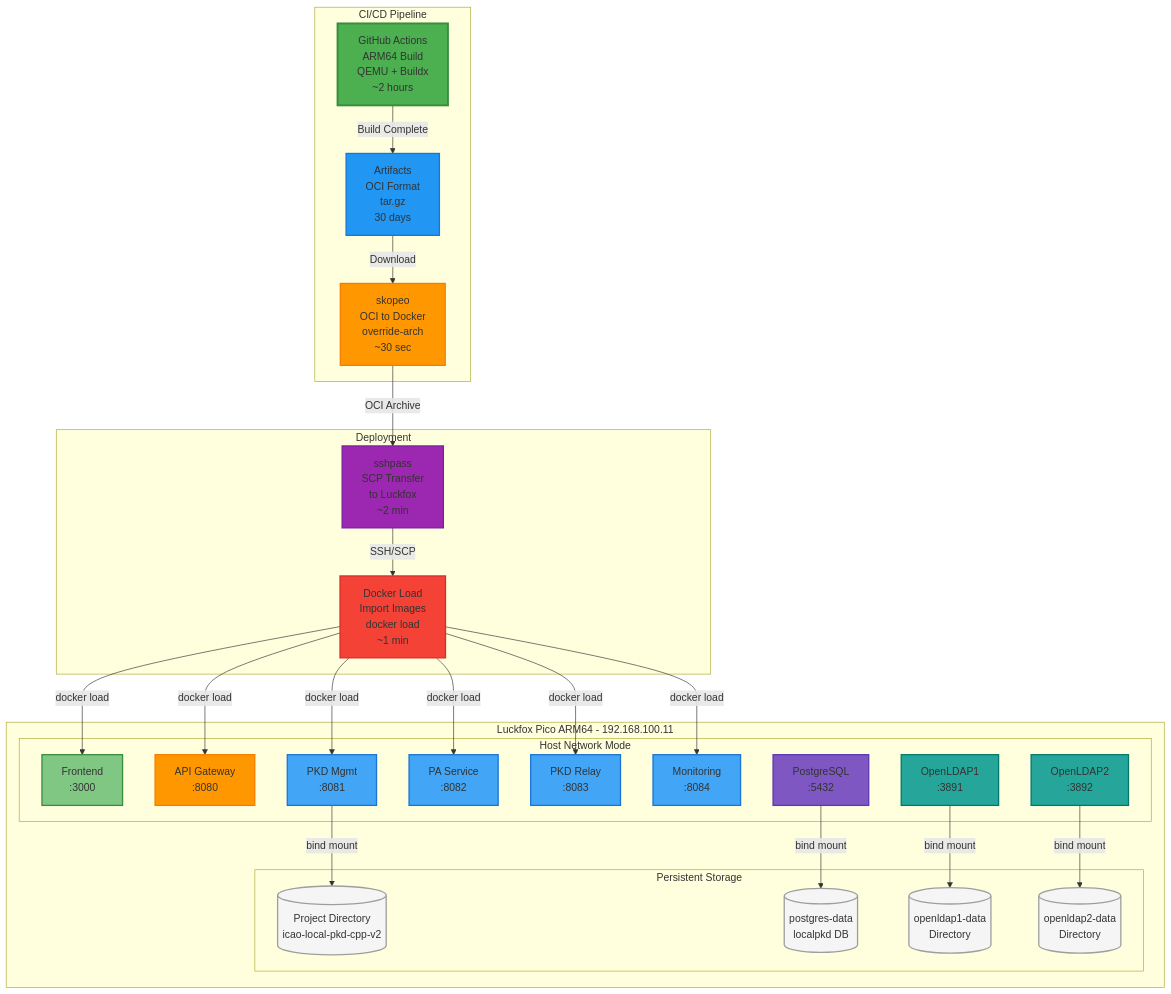
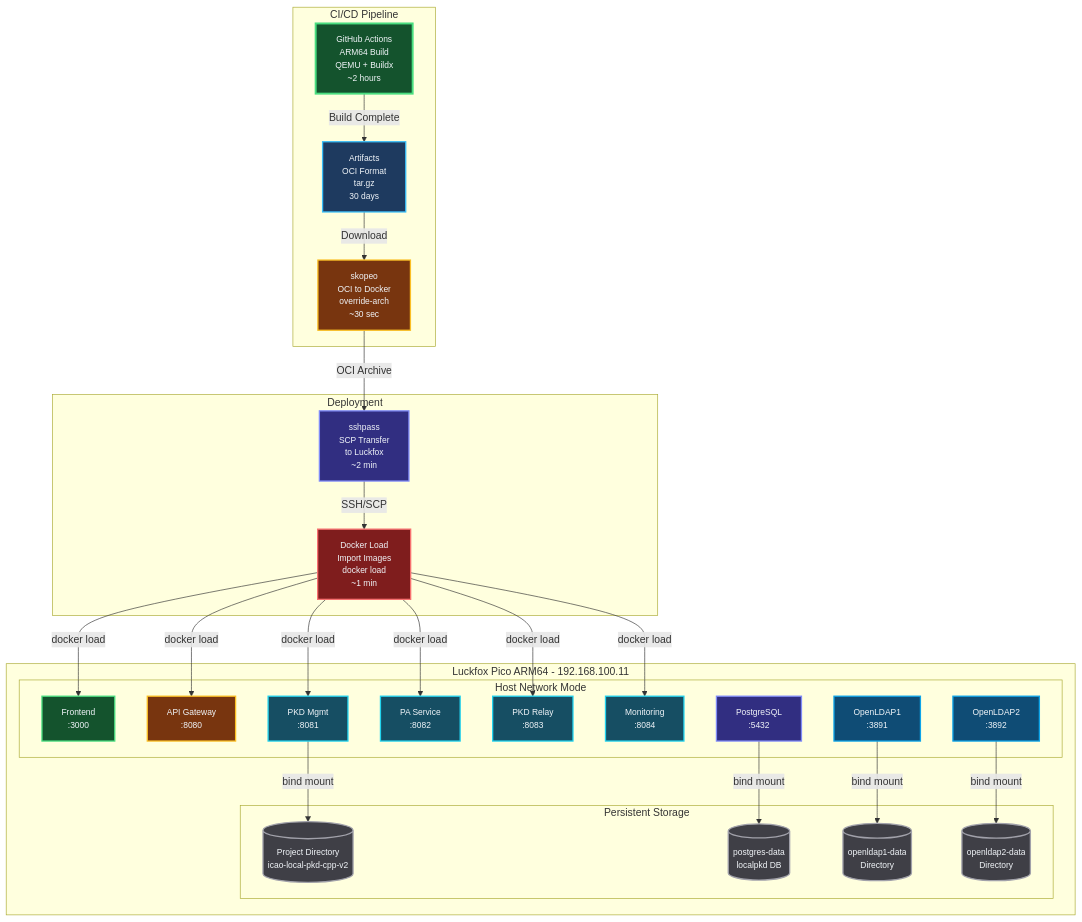
One commit to iland112/icao-local-pkd-cpp changed diagram 15 of 17 in docs/ARCHITECTURE.md. Above: the diagram before and after it, drawn with Mermaid. The commit also changed other lines of this file and 27 other files, not shown here.

````diff
--- a/docs/ARCHITECTURE.md
+++ b/docs/ARCHITECTURE.md
@@ -1287,80 +1465,80 @@
 ```mermaid
 graph TB
     subgraph CICD["CI/CD Pipeline"]
         GHA["GitHub Actions<br/>ARM64 Build<br/>QEMU + Buildx<br/>~2 hours"]
         Artifacts["Artifacts<br/>OCI Format<br/>tar.gz<br/>30 days"]
         Convert["skopeo<br/>OCI to Docker<br/>override-arch<br/>~30 sec"]
     end
 
     subgraph Deploy["Deployment"]
         Transfer["sshpass<br/>SCP Transfer<br/>to Luckfox<br/>~2 min"]
         Load["Docker Load<br/>Import Images<br/>docker load<br/>~1 min"]
     end
 
     subgraph Luckfox["Luckfox Pico ARM64 - 192.168.100.11"]
         subgraph Network["Host Network Mode"]
             Frontend3["Frontend<br/>:3000"]
             APIGateway3["API Gateway<br/>:8080"]
             PKD3["PKD Mgmt<br/>:8081"]
             PA3["PA Service<br/>:8082"]
             Relay3["PKD Relay<br/>:8083"]
             Mon3["Monitoring<br/>:8084"]
             PG3["PostgreSQL<br/>:5432"]
             LDAP5["OpenLDAP1<br/>:3891"]
             LDAP6["OpenLDAP2<br/>:3892"]
         end
 
         subgraph Storage3["Persistent Storage"]
             ProjectDir[("Project Directory<br/>icao-local-pkd-cpp-v2")]
             PGData3[("postgres-data<br/>localpkd DB")]
             LDAP5Data[("openldap1-data<br/>Directory")]
             LDAP6Data[("openldap2-data<br/>Directory")]
         end
     end
 
     %% CI/CD Flow
     GHA -->|Build Complete| Artifacts
     Artifacts -->|Download| Convert
     Convert -->|OCI Archive| Transfer
     Transfer -->|SSH/SCP| Load
 
     %% Deployment to Services
     Load -->|docker load| Frontend3
     Load -->|docker load| APIGateway3
     Load -->|docker load| PKD3
     Load -->|docker load| PA3
     Load -->|docker load| Relay3
     Load -->|docker load| Mon3
 
     %% Services to Storage
     PG3 -->|bind mount| PGData3
     LDAP5 -->|bind mount| LDAP5Data
     LDAP6 -->|bind mount| LDAP6Data
     PKD3 -->|bind mount| ProjectDir
 
     %% Styling - CI/CD
-    style GHA fill:#4CAF50,stroke:#388E3C,stroke-width:3px
-    style Artifacts fill:#2196F3,stroke:#1976D2,stroke-width:2px
-    style Convert fill:#FF9800,stroke:#F57C00,stroke-width:2px
+    style GHA fill:#14532d,stroke:#4ade80,stroke-width:3px,color:#f1f5f9,font-size:13px
+    style Artifacts fill:#1e3a5f,stroke:#38bdf8,stroke-width:2px,color:#f1f5f9,font-size:13px
+    style Convert fill:#78350f,stroke:#fbbf24,stroke-width:2px,color:#f1f5f9,font-size:13px
 
     %% Styling - Deploy
-    style Transfer fill:#9C27B0,stroke:#7B1FA2,stroke-width:2px
-    style Load fill:#F44336,stroke:#D32F2F,stroke-width:2px
+    style Transfer fill:#312e81,stroke:#818cf8,stroke-width:2px,color:#f1f5f9,font-size:13px
+    style Load fill:#7f1d1d,stroke:#f87171,stroke-width:2px,color:#f1f5f9,font-size:13px
 
     %% Styling - Services
-    style Frontend3 fill:#81C784,stroke:#388E3C,stroke-width:2px
-    style APIGateway3 fill:#FF9800,stroke:#F57C00,stroke-width:2px
-    style PKD3 fill:#42A5F5,stroke:#1976D2,stroke-width:2px
-    style PA3 fill:#42A5F5,stroke:#1976D2,stroke-width:2px
-    style Relay3 fill:#42A5F5,stroke:#1976D2,stroke-width:2px
-    style Mon3 fill:#42A5F5,stroke:#1976D2,stroke-width:2px
-    style PG3 fill:#7E57C2,stroke:#5E35B1,stroke-width:2px
-    style LDAP5 fill:#26A69A,stroke:#00796B,stroke-width:2px
-    style LDAP6 fill:#26A69A,stroke:#00796B,stroke-width:2px
+    style Frontend3 fill:#14532d,stroke:#4ade80,stroke-width:2px,color:#f1f5f9,font-size:13px
+    style APIGateway3 fill:#78350f,stroke:#fbbf24,stroke-width:2px,color:#f1f5f9,font-size:13px
+    style PKD3 fill:#164e63,stroke:#22d3ee,stroke-width:2px,color:#f1f5f9,font-size:13px
+    style PA3 fill:#164e63,stroke:#22d3ee,stroke-width:2px,color:#f1f5f9,font-size:13px
+    style Relay3 fill:#164e63,stroke:#22d3ee,stroke-width:2px,color:#f1f5f9,font-size:13px
+    style Mon3 fill:#164e63,stroke:#22d3ee,stroke-width:2px,color:#f1f5f9,font-size:13px
+    style PG3 fill:#312e81,stroke:#818cf8,stroke-width:2px,color:#f1f5f9,font-size:13px
+    style LDAP5 fill:#0f4c75,stroke:#0ea5e9,stroke-width:2px,color:#f1f5f9,font-size:13px
+    style LDAP6 fill:#0f4c75,stroke:#0ea5e9,stroke-width:2px,color:#f1f5f9,font-size:13px
 
     %% Styling - Storage
-    style ProjectDir fill:#F5F5F5,stroke:#9E9E9E,stroke-width:2px
-    style PGData3 fill:#F5F5F5,stroke:#9E9E9E,stroke-width:2px
-    style LDAP5Data fill:#F5F5F5,stroke:#9E9E9E,stroke-width:2px
-    style LDAP6Data fill:#F5F5F5,stroke:#9E9E9E,stroke-width:2px
+    style ProjectDir fill:#3f3f46,stroke:#a1a1aa,stroke-width:2px,color:#f1f5f9,font-size:13px
+    style PGData3 fill:#3f3f46,stroke:#a1a1aa,stroke-width:2px,color:#f1f5f9,font-size:13px
+    style LDAP5Data fill:#3f3f46,stroke:#a1a1aa,stroke-width:2px,color:#f1f5f9,font-size:13px
+    style LDAP6Data fill:#3f3f46,stroke:#a1a1aa,stroke-width:2px,color:#f1f5f9,font-size:13px
 ```
````
